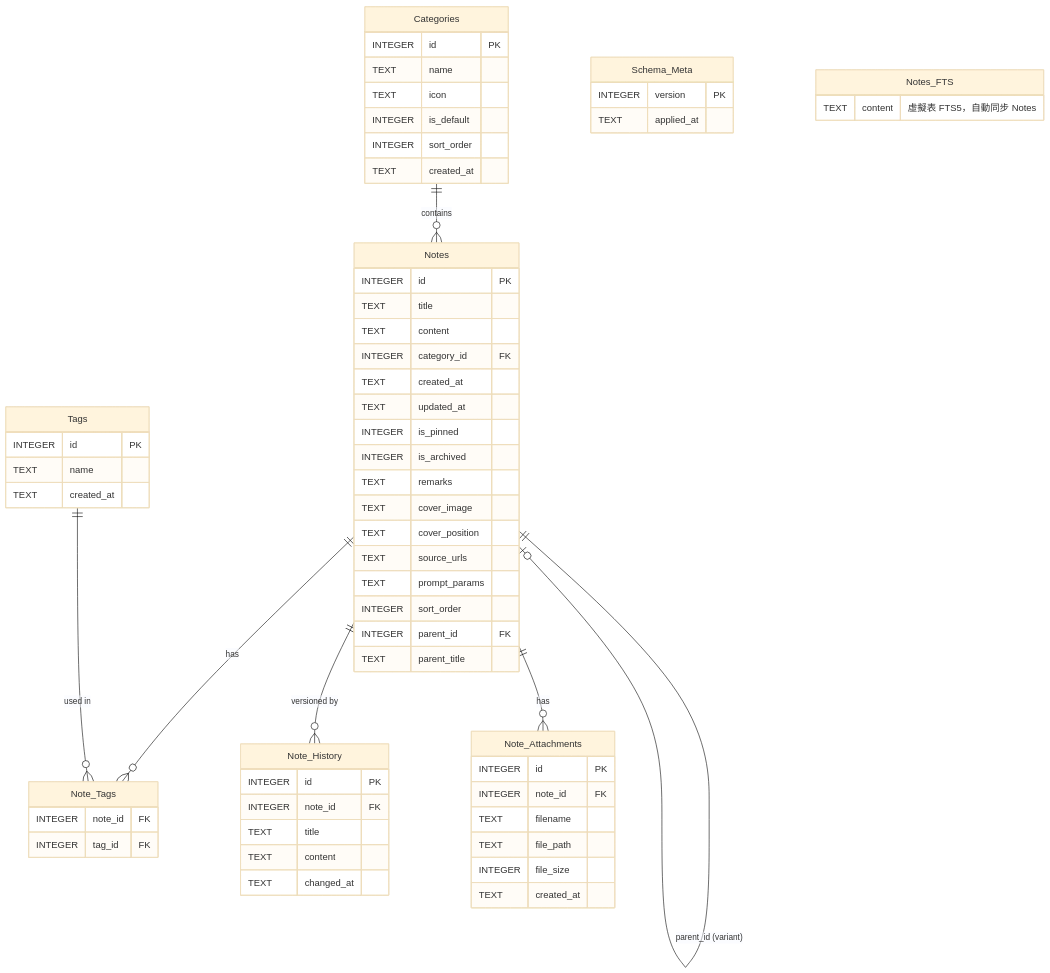
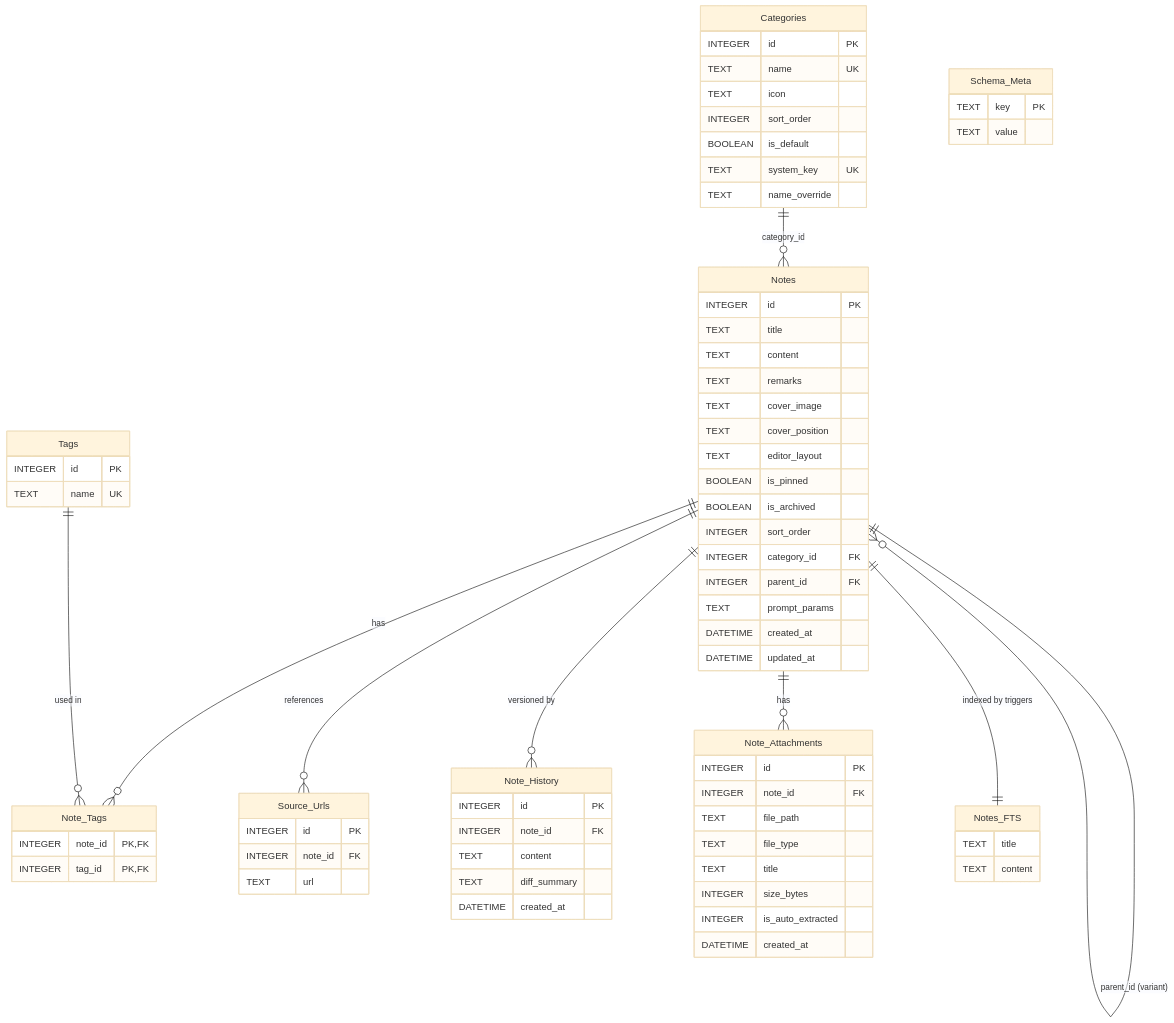
The diagram in docs/ER-DIAGRAM.md (SamMask/Prism), drawn with Mermaid (base theme) before and after one commit. The commit also changed other lines of this file and 10 other files, not shown here.

````diff
--- a/docs/ER-DIAGRAM.md
+++ b/docs/ER-DIAGRAM.md
@@ -10,71 +10,81 @@
         INTEGER id PK
         TEXT title
         TEXT content
-        INTEGER category_id FK
-        TEXT created_at
-        TEXT updated_at
-        INTEGER is_pinned
-        INTEGER is_archived
         TEXT remarks
         TEXT cover_image
         TEXT cover_position
-        TEXT source_urls
+        TEXT editor_layout
+        BOOLEAN is_pinned
+        BOOLEAN is_archived
+        INTEGER sort_order
+        INTEGER category_id FK
+        INTEGER parent_id FK
         TEXT prompt_params
-        INTEGER sort_order
-        INTEGER parent_id FK
-        TEXT parent_title
+        DATETIME created_at
+        DATETIME updated_at
     }
 
     Categories {
         INTEGER id PK
-        TEXT name
+        TEXT name UK
         TEXT icon
-        INTEGER is_default
         INTEGER sort_order
-        TEXT created_at
+        BOOLEAN is_default
+        TEXT system_key UK
+        TEXT name_override
     }
 
     Tags {
         INTEGER id PK
-        TEXT name
-        TEXT created_at
+        TEXT name UK
     }
 
     Note_Tags {
+        INTEGER note_id PK,FK
+        INTEGER tag_id PK,FK
+    }
+
+    Source_Urls {
+        INTEGER id PK
         INTEGER note_id FK
-        INTEGER tag_id FK
+        TEXT url
     }
 
     Note_History {
         INTEGER id PK
         INTEGER note_id FK
-        TEXT title
         TEXT content
-        TEXT changed_at
+        TEXT diff_summary
+        DATETIME created_at
     }
 
     Note_Attachments {
         INTEGER id PK
         INTEGER note_id FK
-        TEXT filename
         TEXT file_path
-        INTEGER file_size
-        TEXT created_at
+        TEXT file_type
+        TEXT title
+        INTEGER size_bytes
+        INTEGER is_auto_extracted
+        DATETIME created_at
     }
 
     Schema_Meta {
-        INTEGER version PK
-        TEXT applied_at
+        TEXT key PK
+        TEXT value
     }
 
     Notes_FTS {
-        TEXT content "虛擬表 FTS5，自動同步 Notes"
+        TEXT title
+        TEXT content
     }
 
+    Categories ||--o{ Notes : "category_id"
+    Notes ||--o{ Notes : "parent_id (variant)"
     Notes ||--o{ Note_Tags : "has"
     Tags ||--o{ Note_Tags : "used in"
+    Notes ||--o{ Source_Urls : "references"
     Notes ||--o{ Note_History : "versioned by"
     Notes ||--o{ Note_Attachments : "has"
-    Categories ||--o{ Notes : "contains"
-    Notes ||--o| Notes : "parent_id (variant)"
+    Notes ||--|| Notes_FTS : "indexed by triggers"
 ```
````
